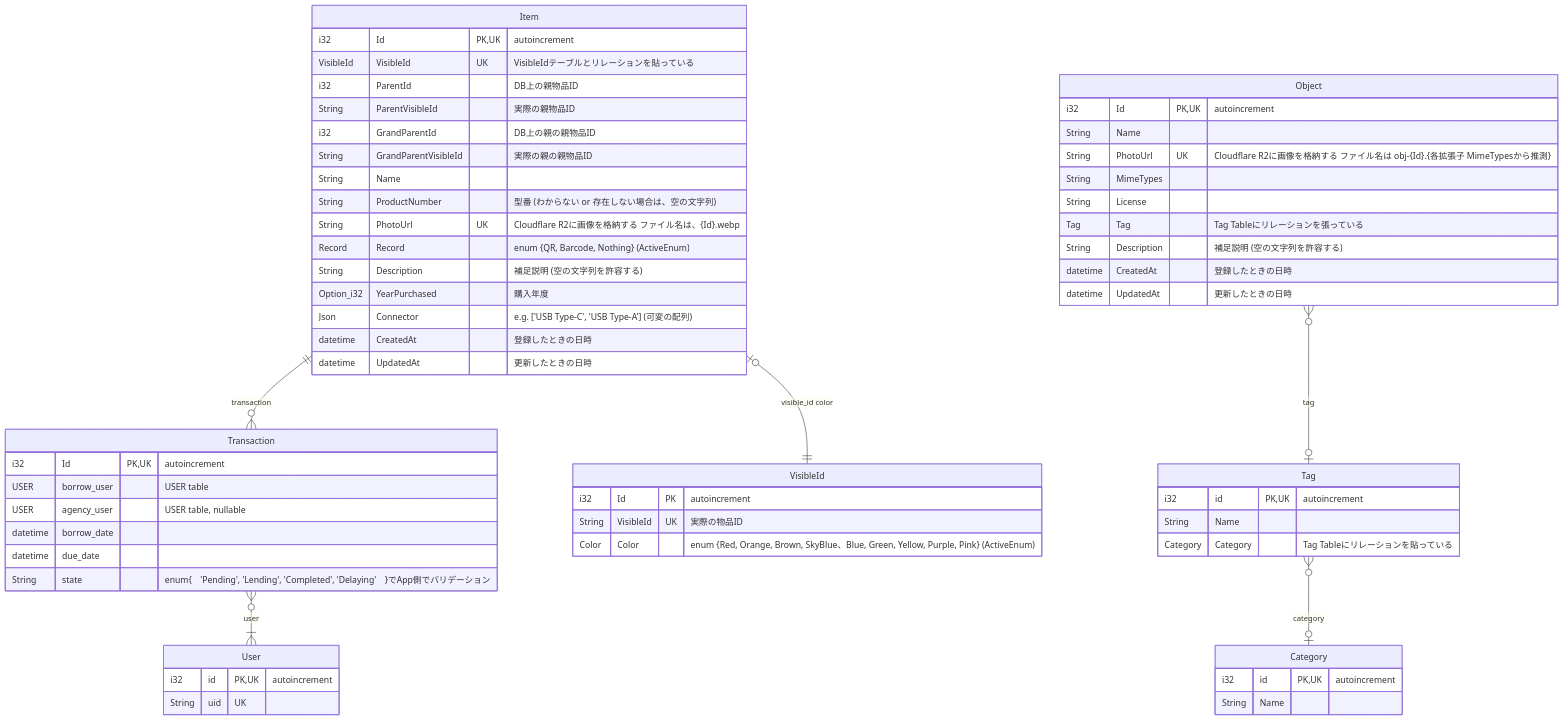
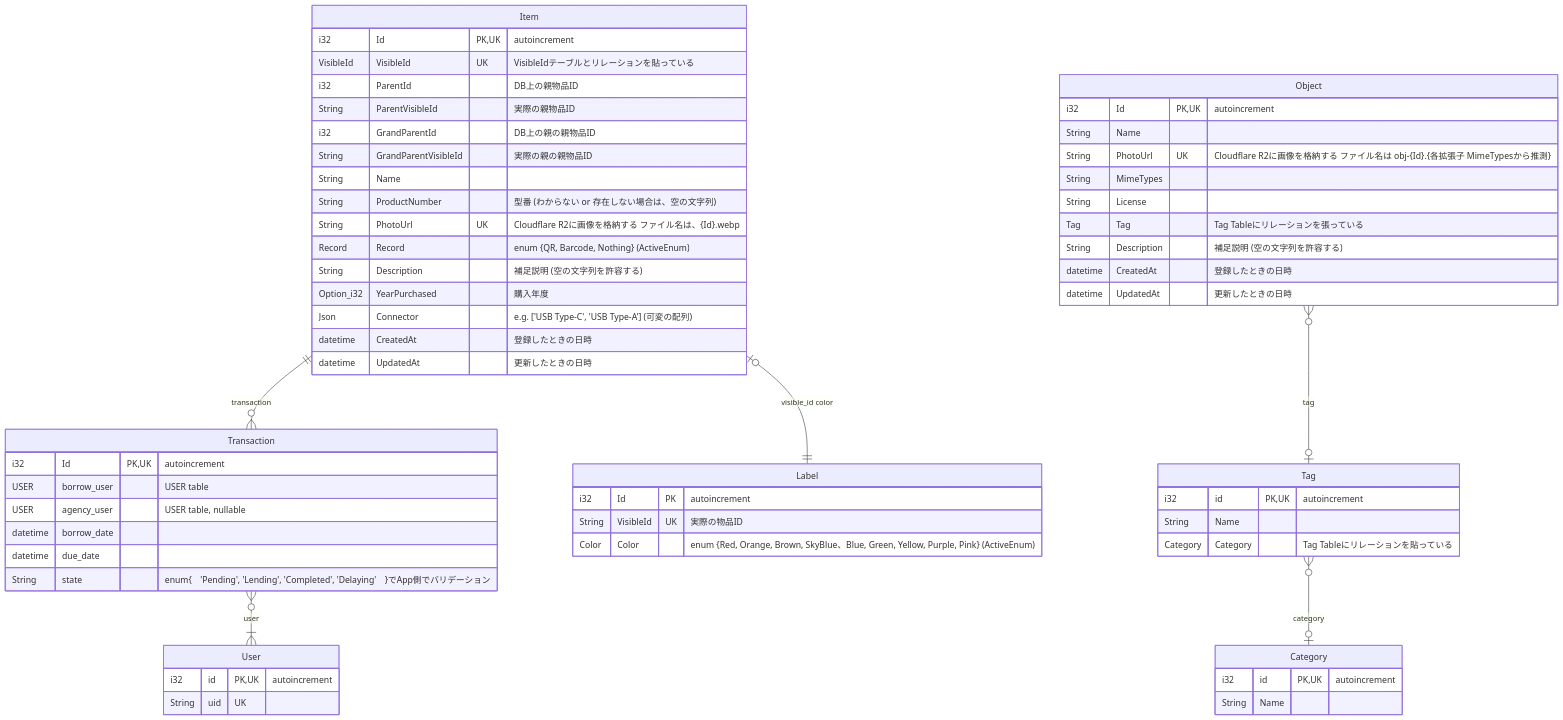
Before and after one commit to Myxogastria0808/DashiShoyu: the second of 2 diagrams in README.md, drawn with Mermaid. The commit also changed other lines of this file, not shown here.

````diff
--- a/README.md
+++ b/README.md
@@ -246,68 +244,65 @@
 ```mermaid
 erDiagram
     Item ||--o{ Transaction : transaction
     Transaction }o--|{ User : user
-    Item |o--|| VisibleId : "visible_id color"
+    Item |o--|| Label : "visible_id color"
     Item {
         i32 Id PK, UK "autoincrement"
         VisibleId VisibleId UK "VisibleIdテーブルとリレーションを貼っている"
         i32 ParentId "DB上の親物品ID"
         String ParentVisibleId "実際の親物品ID"
         i32 GrandParentId "DB上の親の親物品ID"
         String GrandParentVisibleId "実際の親の親物品ID"
         String Name
         String ProductNumber "型番 (わからない or 存在しない場合は、空の文字列)"
         String PhotoUrl UK "Cloudflare R2に画像を格納する ファイル名は、{Id}.webp"
         Record Record "enum {QR, Barcode, Nothing} (ActiveEnum)"
         String Description　"補足説明 (空の文字列を許容する)"
         Option_i32 YearPurchased "購入年度"
         Json Connector　"e.g. ['USB Type-C', 'USB Type-A'] (可変の配列)"
         datetime CreatedAt "登録したときの日時"
         datetime UpdatedAt "更新したときの日時"
     }
-
-    VisibleId {
+    Label {
         i32 Id PK "autoincrement"
         String VisibleId UK "実際の物品ID"
         Color Color "enum {Red, Orange, Brown, SkyBlue、Blue, Green, Yellow, Purple, Pink} (ActiveEnum)"
     }
-
     Transaction {
         i32 Id PK, UK "autoincrement"
         USER borrow_user "USER table"
         USER agency_user "USER table, nullable"
         datetime borrow_date
         datetime due_date
         String state "enum{　'Pending', 'Lending', 'Completed', 'Delaying'　}でApp側でバリデーション"
     }
-
     User {
         i32 id PK, UK "autoincrement"
         String uid UK
     }
 
     Object }o--o| Tag : tag
     Tag }o--o| Category : category
     Object {
         i32 Id PK, UK "autoincrement"
         String Name
         String PhotoUrl UK "Cloudflare R2に画像を格納する ファイル名は obj-{Id}.{各拡張子 MimeTypesから推測}"
         String MimeTypes
         String License
         Tag Tag "Tag Tableにリレーションを張っている"
         String Description "補足説明 (空の文字列を許容する)"
         datetime CreatedAt "登録したときの日時"
         datetime UpdatedAt "更新したときの日時"
     }
 
     Tag {
         i32 id PK, UK "autoincrement"
         String Name
         Category Category "Tag Tableにリレーションを貼っている"
     }
 
     Category {
         i32 id PK, UK "autoincrement"
         String Name
     }
 ```
````
